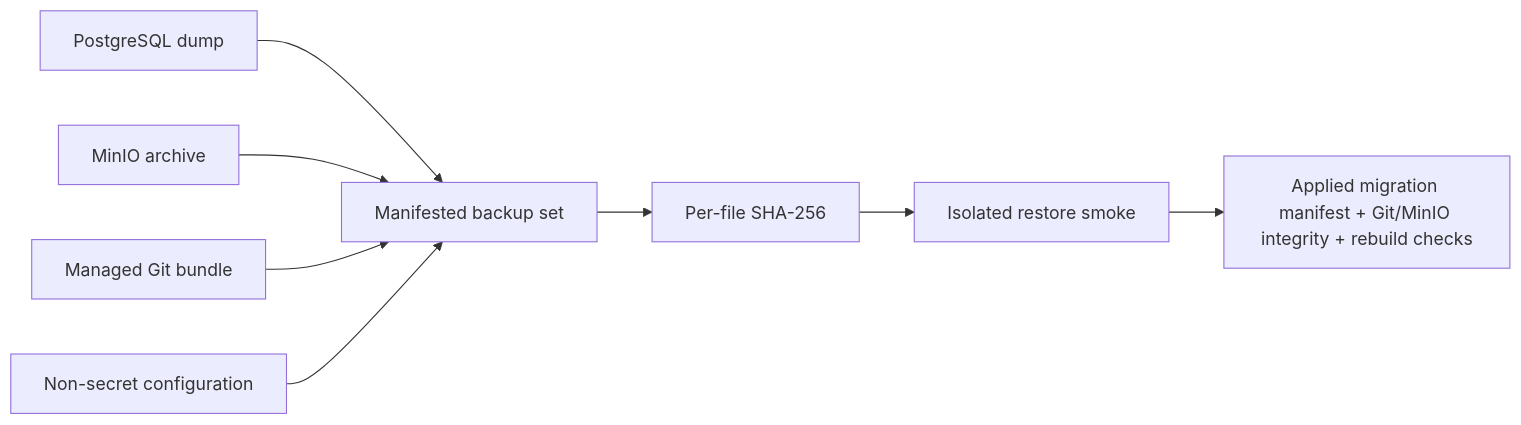
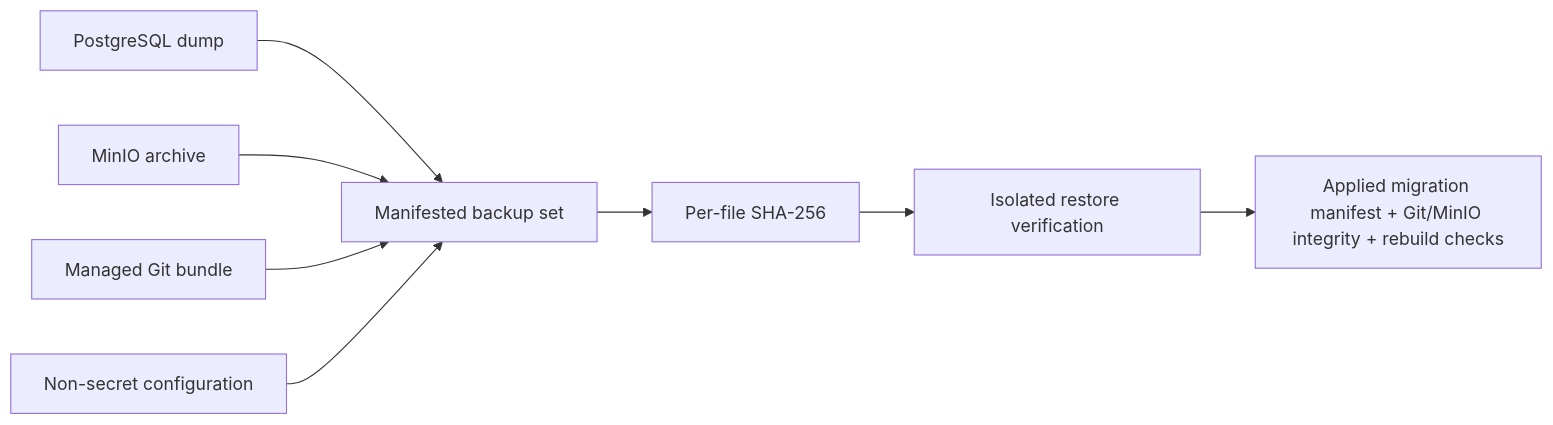
The seventh of 7 diagrams in docs/architecture/runtime-flows.md (David-std/Architecture-Knowledge-Platform), drawn with Mermaid before and after one commit. The commit also changed other lines of this file and 47 other files, not shown here.

````diff
--- a/docs/architecture/runtime-flows.md
+++ b/docs/architecture/runtime-flows.md
@@ -168,10 +168,10 @@
 ```mermaid
 flowchart LR
   PG["PostgreSQL dump"] --> Set["Manifested backup set"]
   MinIO["MinIO archive"] --> Set
   Git["Managed Git bundle"] --> Set
   Config["Non-secret configuration"] --> Set
   Set --> Hash["Per-file SHA-256"]
-  Hash --> Isolated["Isolated restore smoke"]
+  Hash --> Isolated["Isolated restore verification"]
   Isolated --> Checks["Applied migration manifest + Git/MinIO integrity + rebuild checks"]
 ```
````
